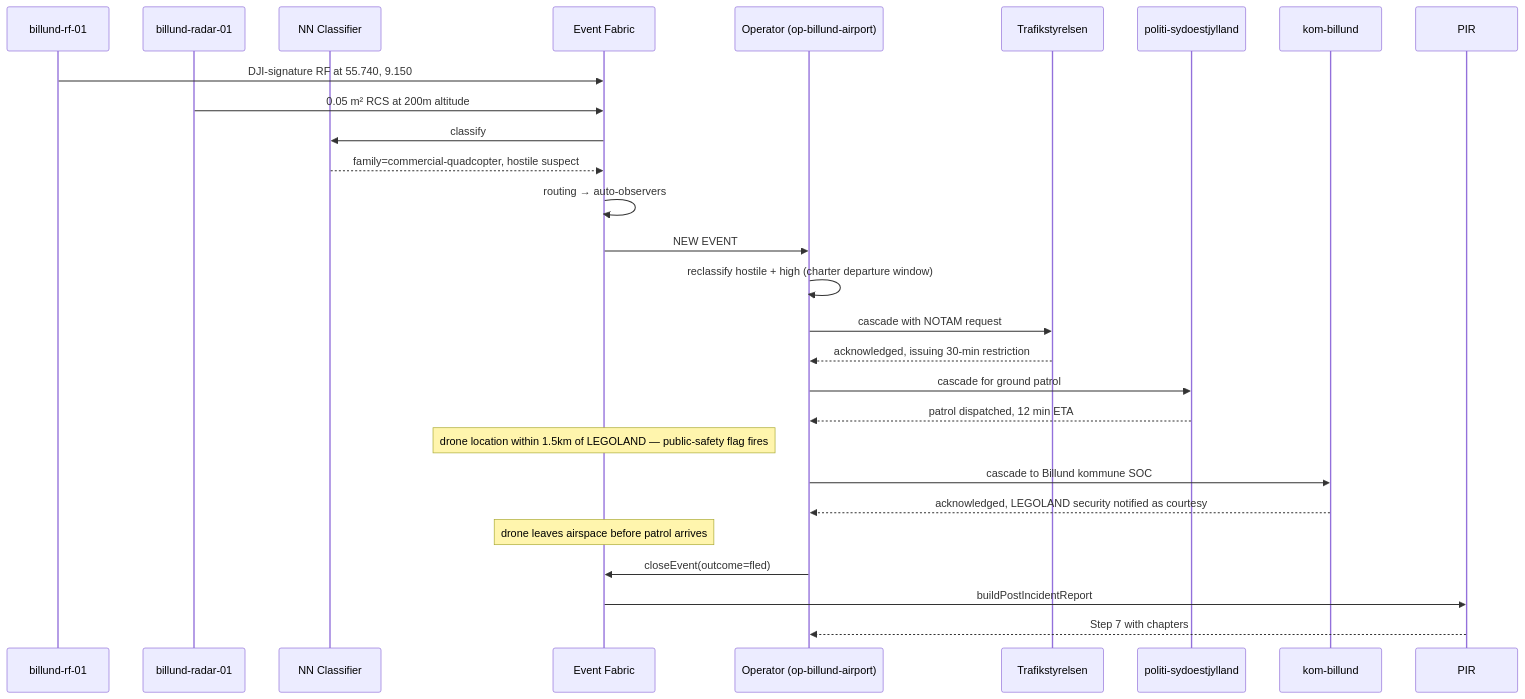
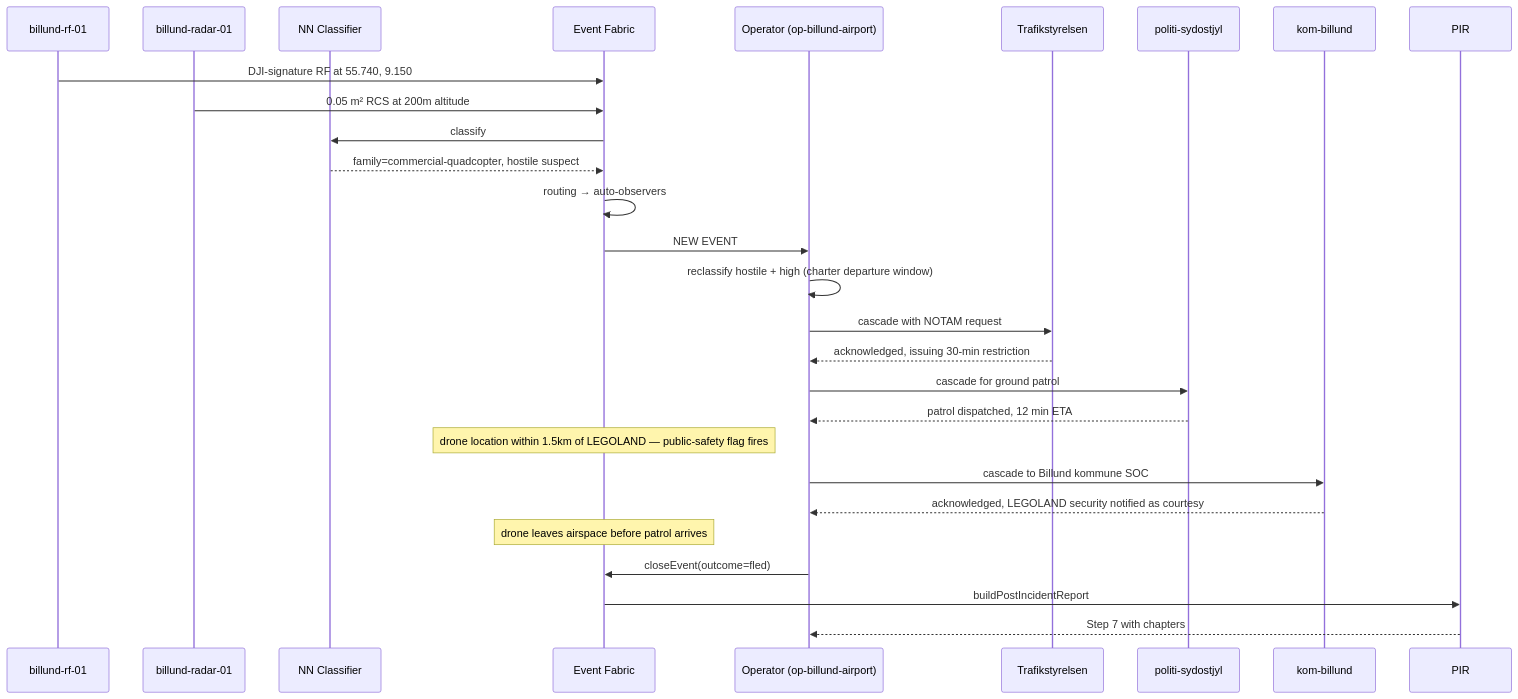
One commit to Luckyluc321/ISR-Systems-c2-platform changed the third of 3 diagrams in docs/sites/billund-airport.md. Above: the diagram before and after it, drawn with Mermaid. The commit also changed other lines of this file and 4 other files, not shown here.

````diff
--- a/docs/sites/billund-airport.md
+++ b/docs/sites/billund-airport.md
@@ -95,30 +97,30 @@
 ```mermaid
 sequenceDiagram
   participant RF as billund-rf-01
   participant RD as billund-radar-01
   participant NN as NN Classifier
   participant EF as Event Fabric
   participant OP as Operator (op-billund-airport)
   participant TRAF as Trafikstyrelsen
-  participant POL as politi-sydoestjylland
+  participant POL as politi-sydostjyl
   participant KOM as kom-billund
   participant PIR as PIR
   RF->>EF: DJI-signature RF at 55.740, 9.150
   RD->>EF: 0.05 m² RCS at 200m altitude
   EF->>NN: classify
   NN-->>EF: family=commercial-quadcopter, hostile suspect
   EF->>EF: routing → auto-observers
   EF->>OP: NEW EVENT
   OP->>OP: reclassify hostile + high (charter departure window)
   OP->>TRAF: cascade with NOTAM request
   TRAF-->>OP: acknowledged, issuing 30-min restriction
   OP->>POL: cascade for ground patrol
   POL-->>OP: patrol dispatched, 12 min ETA
   Note over EF: drone location within 1.5km of LEGOLAND — public-safety flag fires
   OP->>KOM: cascade to Billund kommune SOC
   KOM-->>OP: acknowledged, LEGOLAND security notified as courtesy
   Note over EF: drone leaves airspace before patrol arrives
   OP->>EF: closeEvent(outcome=fled)
   EF->>PIR: buildPostIncidentReport
   PIR-->>OP: Step 7 with chapters
 ```
````
